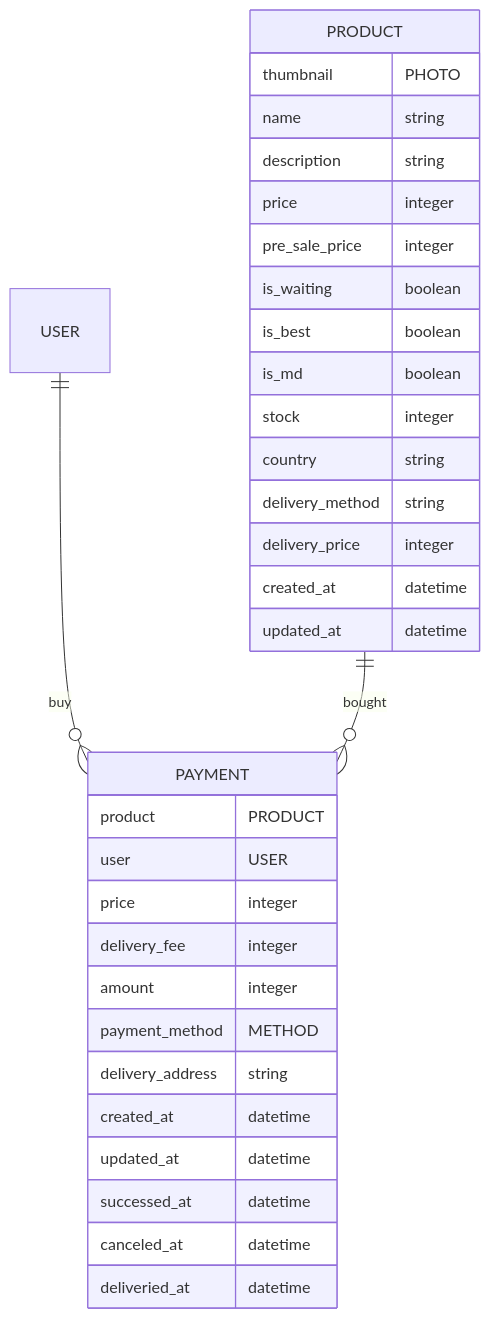
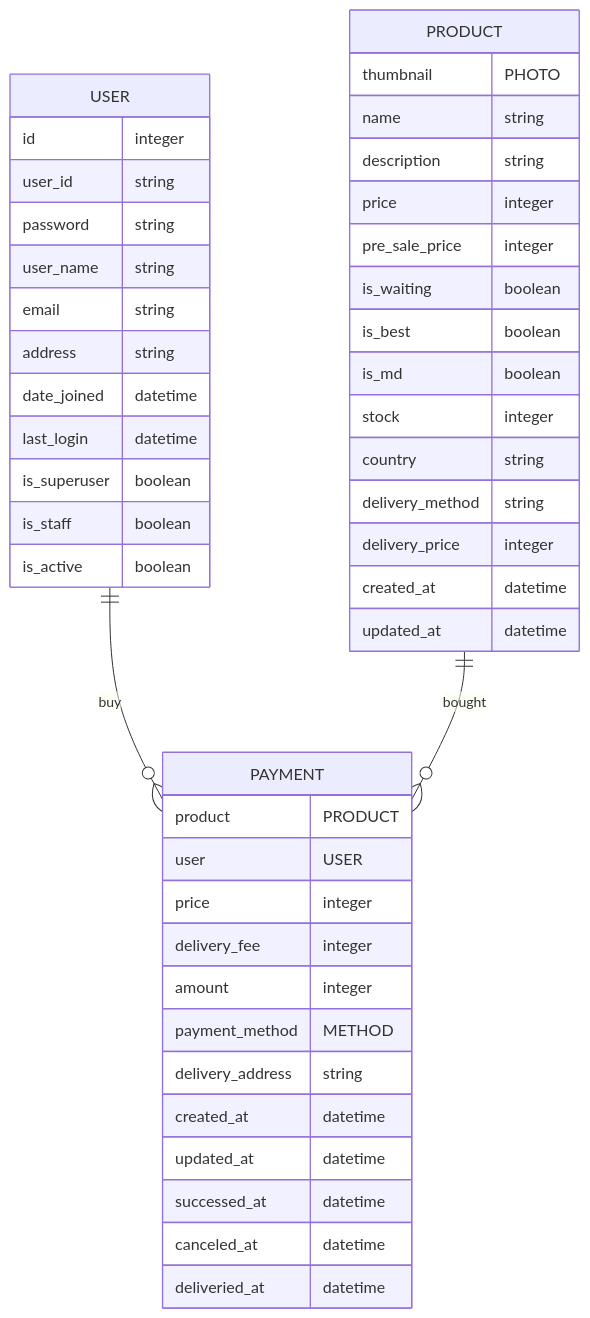
One commit to 5th-wanted-preonbording-be-teamC/store-management-system changed the diagram in README.md. Above: the diagram before and after it, drawn with Mermaid.

Commit message:
DOCS: ER Diagram USER 설명 추가

````diff
--- a/README.md
+++ b/README.md
@@ -37,37 +37,48 @@
 ```mermaid
 erDiagram
 PAYMENT{
     product PRODUCT
     user USER
     price integer
     delivery_fee integer
     amount integer
     payment_method METHOD
     delivery_address string
     created_at datetime
     updated_at datetime
     successed_at datetime
     canceled_at datetime
     deliveried_at datetime
 }
 PRODUCT{
     thumbnail PHOTO
     name string
     description string
     price integer
     pre_sale_price integer
     is_waiting boolean
     is_best boolean
     is_md boolean
     stock integer
     country string
     delivery_method string
     delivery_price integer
     created_at datetime
     updated_at datetime
 }
 USER{
+    id integer
+    user_id string
+    password string
+    user_name string
+    email string
+    address string
+    date_joined datetime
+    last_login datetime
+    is_superuser boolean
+    is_staff boolean
+    is_active boolean
 }
 USER ||--o{ PAYMENT : buy
 PRODUCT ||--o{ PAYMENT : bought
 ```
````
